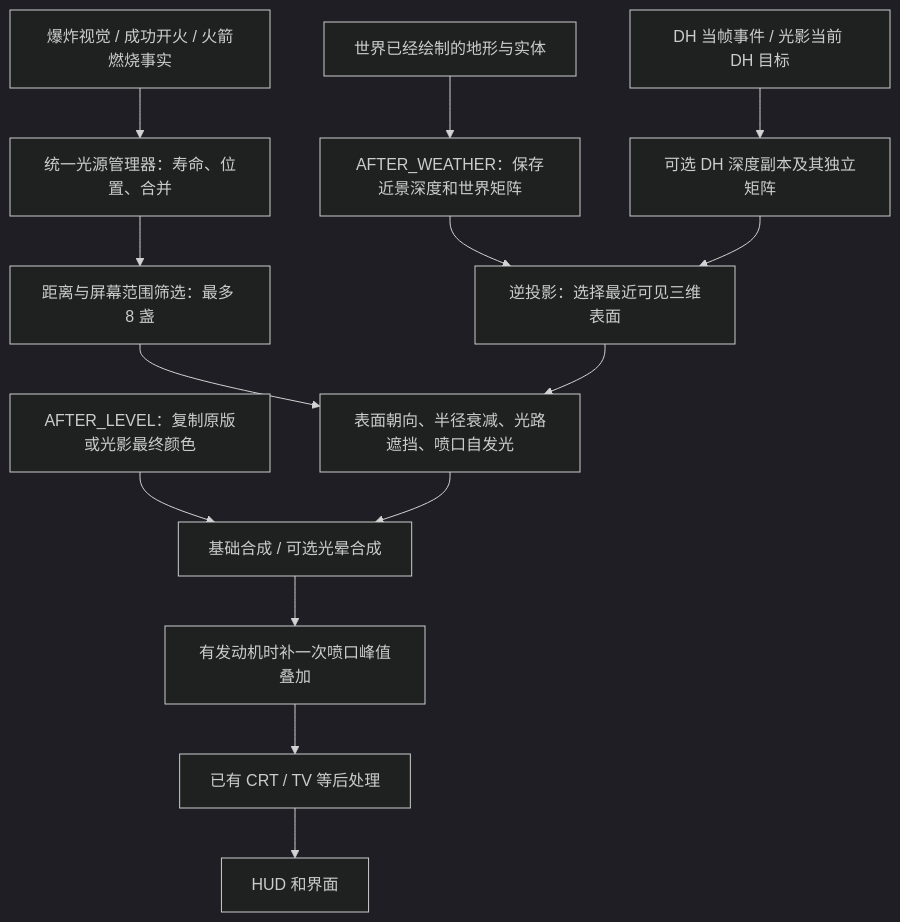
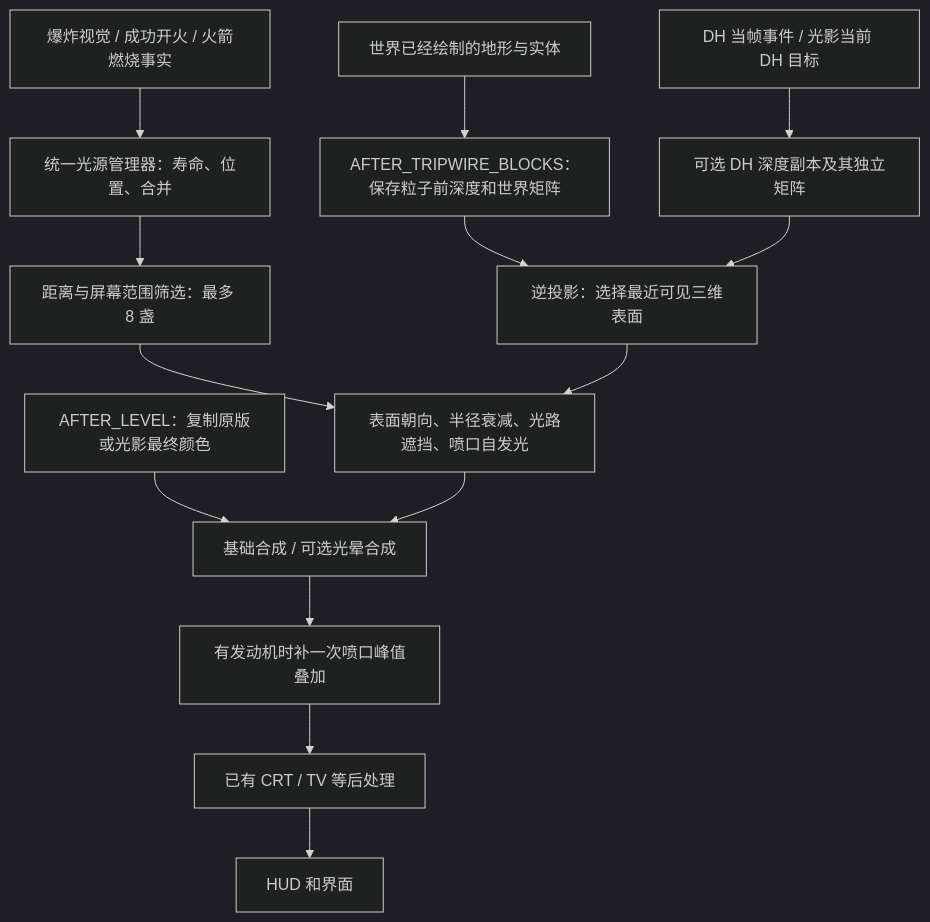
One commit to TV90/limitless-vehicle-rvp-addon changed the diagram in docs/RVP视觉工厂架构/RVP屏幕空间光照与实体遮挡实现详解_20261030.md. Above: the diagram before and after it, drawn with Mermaid (dark theme). The commit also changed other lines of this file and 21 other files, not shown here.

````diff
--- a/docs/RVP视觉工厂架构/RVP屏幕空间光照与实体遮挡实现详解_20261030.md
+++ b/docs/RVP视觉工厂架构/RVP屏幕空间光照与实体遮挡实现详解_20261030.md
@@ -48,16 +50,16 @@
 ```mermaid
 flowchart TD
     A["爆炸视觉 / 成功开火 / 火箭燃烧事实"] --> B["统一光源管理器：寿命、位置、合并"]
     B --> C["距离与屏幕范围筛选：最多 8 盏"]
-    W["世界已经绘制的地形与实体"] --> D["AFTER_WEATHER：保存近景深度和世界矩阵"]
+    W["世界已经绘制的地形与实体"] --> D["AFTER_TRIPWIRE_BLOCKS：保存粒子前深度和世界矩阵"]
     H["DH 当帧事件 / 光影当前 DH 目标"] --> E["可选 DH 深度副本及其独立矩阵"]
     D --> F["逆投影：选择最近可见三维表面"]
     E --> F
     C --> G["表面朝向、半径衰减、光路遮挡、喷口自发光"]
     F --> G
     K["AFTER_LEVEL：复制原版或光影最终颜色"] --> J["基础合成 / 可选光晕合成"]
     G --> J
     J --> L["有发动机时补一次喷口峰值叠加"]
     L --> M["已有 CRT / TV 等后处理"]
     M --> N["HUD 和界面"]
 ```
````
